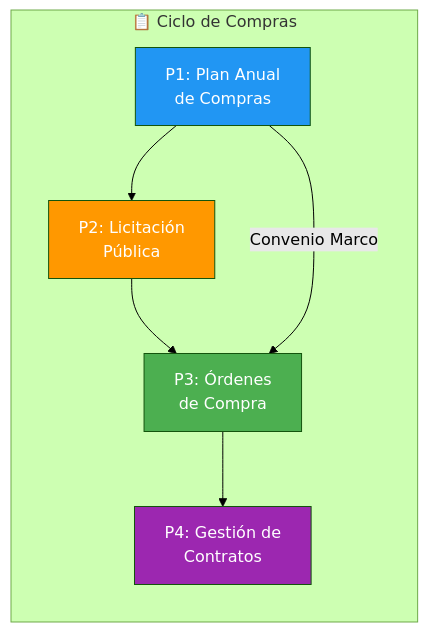
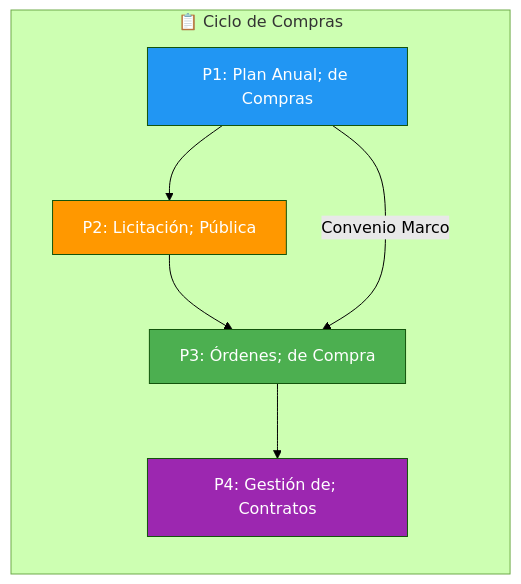
The first of 6 diagrams in drafts/gn/bpmn/bpmn-d04-compras-contrataciones.md (felix-antonio-sl/kora), drawn with Mermaid (forest theme) before and after one commit. The commit also changed other lines of this file and 265 other files, not shown here.

````diff
--- a/drafts/gn/bpmn/bpmn-d04-compras-contrataciones.md
+++ b/drafts/gn/bpmn/bpmn-d04-compras-contrataciones.md
@@ -71,15 +63,17 @@
 ```mermaid
 flowchart LR
-    subgraph CICLO["📋 Ciclo de Compras"]
-        P1["P1: Plan Anual<br/>de Compras"]
-        P2["P2: Licitación<br/>Pública"]
-        P3["P3: Órdenes<br/>de Compra"]
-        P4["P4: Gestión de<br/>Contratos"]
-    end
-    P1 --> P2 --> P3 --> P4
-    P1 -->|"Convenio Marco"| P3
-    style P1 fill:#2196F3,color:#fff
-    style P2 fill:#FF9800,color:#fff
-    style P3 fill:#4CAF50,color:#fff
-    style P4 fill:#9C27B0,color:#fff
+ subgraph CICLO["📋 Ciclo de Compras"]
+ P1["P1: Plan Anual; de Compras"]
+ P2["P2: Licitación; Pública"]
+ P3["P3: Órdenes; de Compra"]
+ P4["P4: Gestión de; Contratos"]
+ end
+
+ P1 --> P2 --> P3 --> P4
+ P1 -->|"Convenio Marco"| P3
+
+ style P1 fill:#2196F3,color:#fff
+ style P2 fill:#FF9800,color:#fff
+ style P3 fill:#4CAF50,color:#fff
+ style P4 fill:#9C27B0,color:#fff
 ```
````
